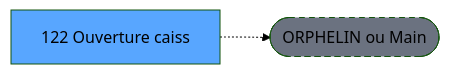
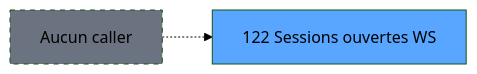
Before and after one commit to thonyAGP/magic-migration: the second of 3 diagrams in .openspec/specs/ADH-IDE-122.md, drawn with Mermaid (forest theme). The commit also changed other lines of this file and 311 other files, not shown here.

````diff
--- a/.openspec/specs/ADH-IDE-122.md
+++ b/.openspec/specs/ADH-IDE-122.md
@@ -237,8 +146,8 @@
 ```mermaid
 graph LR
-    T[122 Ouverture caiss]
-    ORPHAN([ORPHELIN ou Main])
-    T -.-> ORPHAN
-    style T fill:#58a6ff,color:#000
-    style ORPHAN fill:#6b7280,stroke-dasharray: 5 5
+    T122[122 Sessions ouvertes WS]
+    style T122 fill:#58a6ff
+    NONE[Aucun caller]
+    NONE -.-> T122
+    style NONE fill:#6b7280,stroke-dasharray: 5 5
 ```
````
